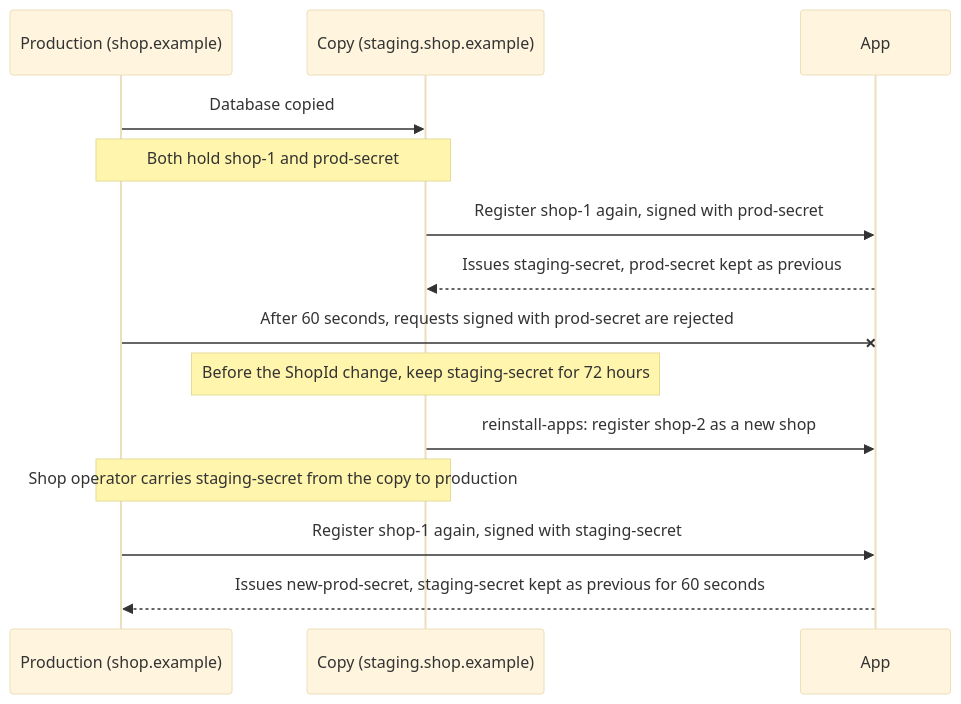
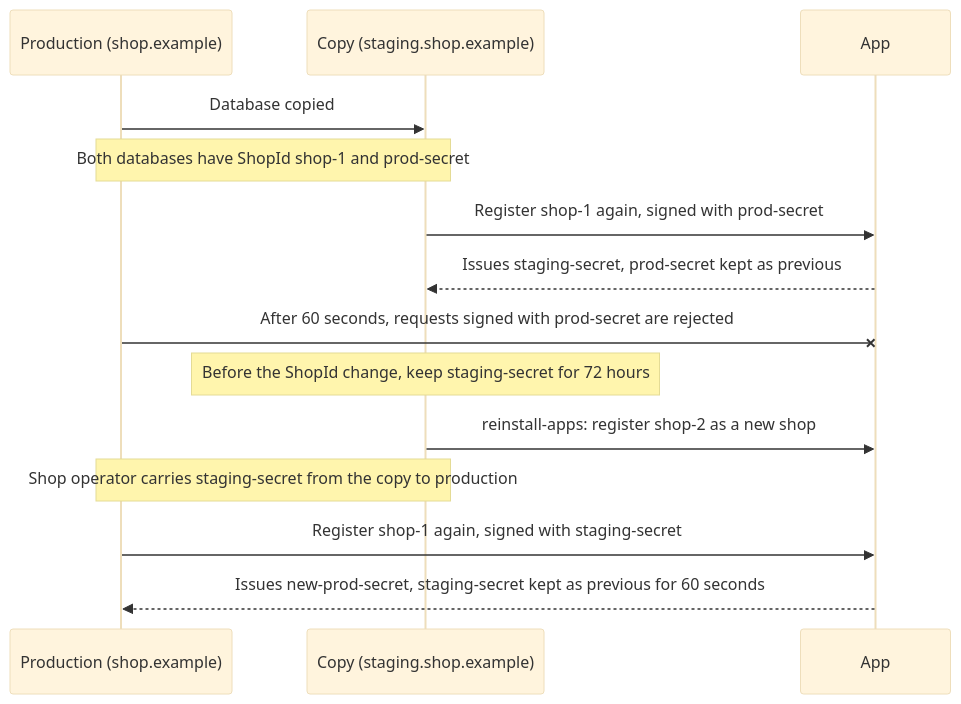
The second of 2 diagrams in adr/2026-10-15-app-recovery-after-shop-copy.md (shopware/shopware), drawn with Mermaid (base theme) before and after one commit.

Commit message:
docs(adr): say what both databases have in the sequence diagram

````diff
--- a/adr/2026-10-15-app-recovery-after-shop-copy.md
+++ b/adr/2026-10-15-app-recovery-after-shop-copy.md
@@ -82,16 +82,16 @@
 ```mermaid
 sequenceDiagram
     participant Prod as Production (shop.example)
     participant Copy as Copy (staging.shop.example)
     participant App as App
     Prod->>Copy: Database copied
-    Note over Prod,Copy: Both hold shop-1 and prod-secret
+    Note over Prod,Copy: Both databases have ShopId shop-1 and prod-secret
     Copy->>App: Register shop-1 again, signed with prod-secret
     App-->>Copy: Issues staging-secret, prod-secret kept as previous
     Prod-xApp: After 60 seconds, requests signed with prod-secret are rejected
     Note over Copy: Before the ShopId change, keep staging-secret for 72 hours
     Copy->>App: reinstall-apps: register shop-2 as a new shop
     Note over Prod,Copy: Shop operator carries staging-secret from the copy to production
     Prod->>App: Register shop-1 again, signed with staging-secret
     App-->>Prod: Issues new-prod-secret, staging-secret kept as previous for 60 seconds
 ```
````
